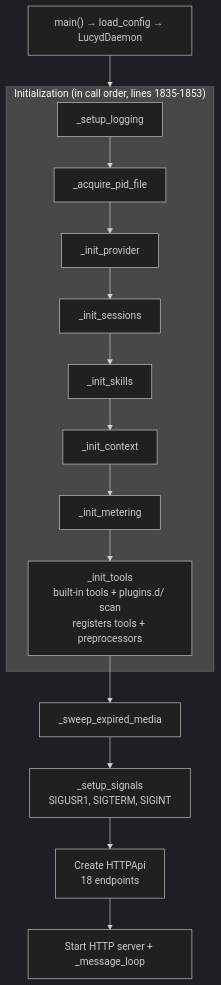
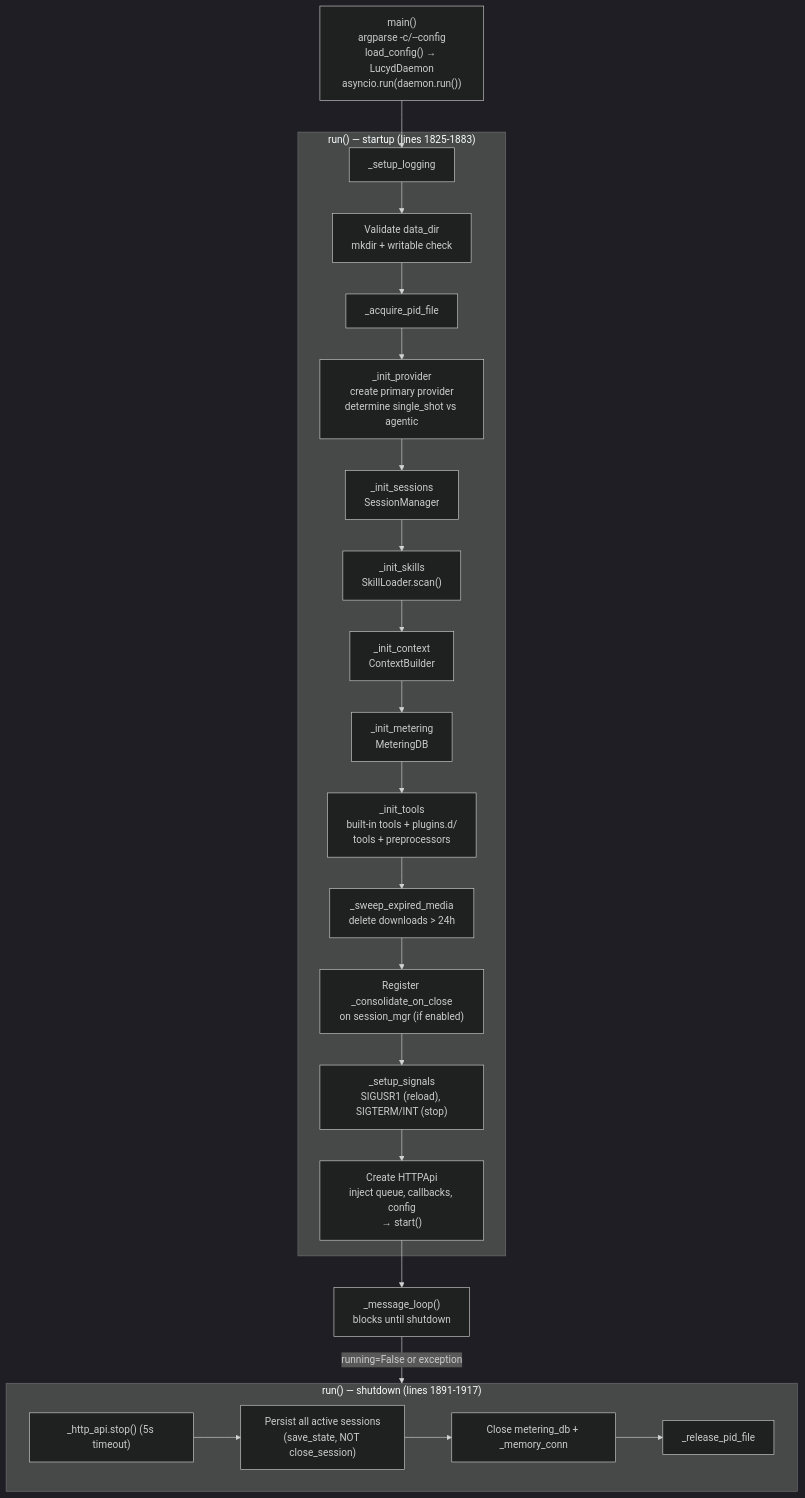
Before and after one commit to nicolasforstinger/lucyd: the tenth of 10 diagrams in docs/diagrams.md, drawn with Mermaid (dark theme). The commit also changed other lines of this file and 18 other files, not shown here.

````diff
--- a/docs/diagrams.md
+++ b/docs/diagrams.md
@@ -369,24 +713,35 @@
 ```mermaid
 flowchart TD
-    MAIN["main() → load_config → LucydDaemon"]
+    MAIN["main()<br/>argparse -c/--config<br/>load_config() → LucydDaemon<br/>asyncio.run(daemon.run())"]
 
-    subgraph Init["Initialization (in call order, lines 1835-1853)"]
+    subgraph Startup["run() — startup (lines 1825-1883)"]
         LOG["_setup_logging"]
+        DATADIR["Validate data_dir<br/>mkdir + writable check"]
         PID["_acquire_pid_file"]
-        PROVIDER["_init_provider"]
-        SESSION["_init_sessions"]
-        SKILLS["_init_skills"]
-        CONTEXT["_init_context"]
-        METER["_init_metering"]
-        TOOLS["_init_tools<br/>built-in tools + plugins.d/ scan<br/>registers tools + preprocessors"]
+        PROVIDER["_init_provider<br/>create primary provider<br/>determine single_shot vs agentic"]
+        SESSION["_init_sessions<br/>SessionManager"]
+        SKILLS["_init_skills<br/>SkillLoader.scan()"]
+        CONTEXT["_init_context<br/>ContextBuilder"]
+        METER["_init_metering<br/>MeteringDB"]
+        TOOLS["_init_tools<br/>built-in tools + plugins.d/<br/>tools + preprocessors"]
+        MEDIA["_sweep_expired_media<br/>delete downloads > 24h"]
+        CONSOL["Register _consolidate_on_close<br/>on session_mgr (if enabled)"]
+        SIGNALS["_setup_signals<br/>SIGUSR1 (reload), SIGTERM/INT (stop)"]
+        HTTP["Create HTTPApi<br/>inject queue, callbacks, config<br/>→ start()"]
     end
 
-    MEDIA["_sweep_expired_media"]
-    SIGNALS["_setup_signals<br/>SIGUSR1, SIGTERM, SIGINT"]
-    HTTP["Create HTTPApi<br/>18 endpoints"]
-    RUN["Start HTTP server + _message_loop"]
+    RUN["_message_loop()<br/>blocks until shutdown"]
 
-    MAIN --> Init
-    LOG --> PID --> PROVIDER --> SESSION --> SKILLS --> CONTEXT --> METER --> TOOLS
-    TOOLS --> MEDIA --> SIGNALS --> HTTP --> RUN
+    subgraph Shutdown["run() — shutdown (lines 1891-1917)"]
+        STOP_HTTP["_http_api.stop() (5s timeout)"]
+        PERSIST["Persist all active sessions<br/>(save_state, NOT close_session)"]
+        CLOSE_DB["Close metering_db + _memory_conn"]
+        RELEASE["_release_pid_file"]
+    end
+
+    MAIN --> LOG --> DATADIR --> PID
+    PID --> PROVIDER --> SESSION --> SKILLS --> CONTEXT --> METER --> TOOLS
+    TOOLS --> MEDIA --> CONSOL --> SIGNALS --> HTTP --> RUN
+    RUN -->|"running=False or exception"| Shutdown
+    STOP_HTTP --> PERSIST --> CLOSE_DB --> RELEASE
 ```
````
